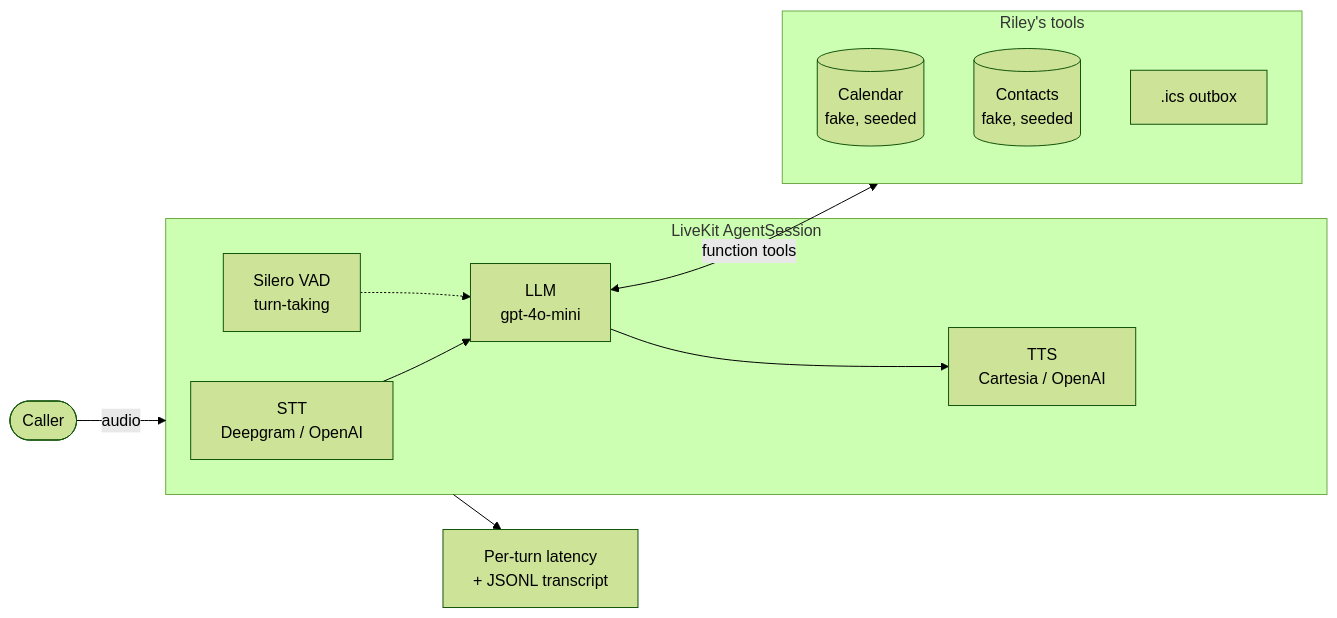
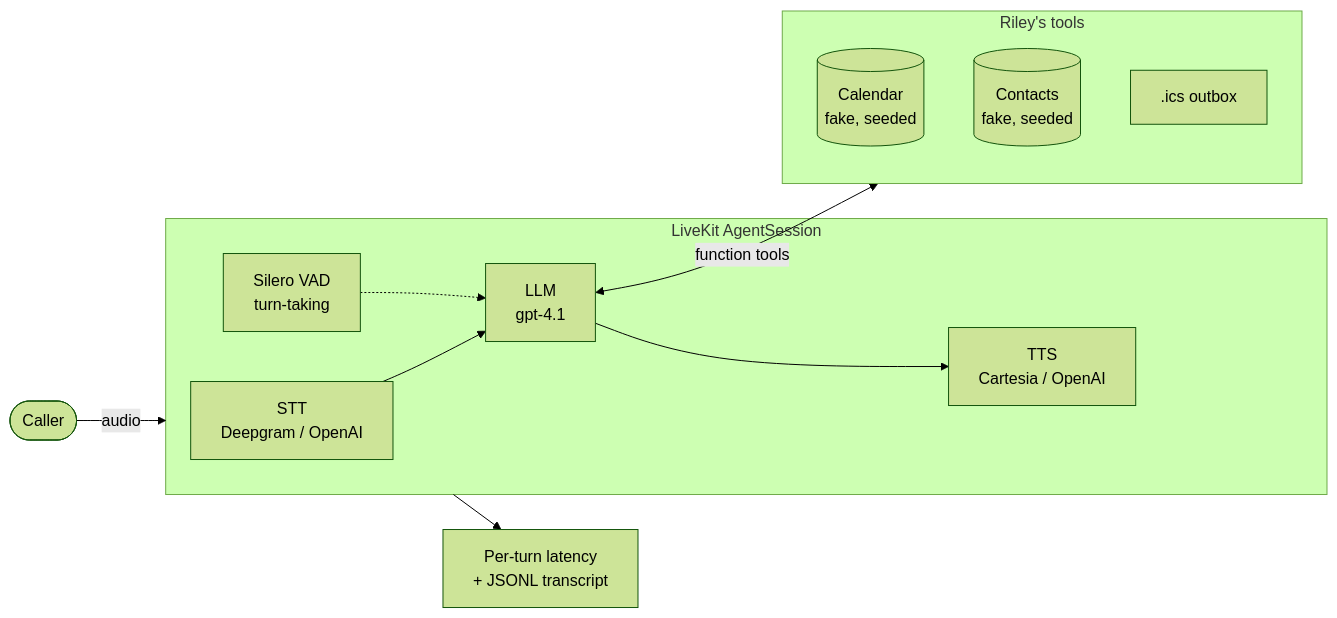
One commit to fctpe/voice-desk-agent changed the diagram in README.md. Above: the diagram before and after it, drawn with Mermaid (forest theme). The commit also changed other lines of this file and 1 other file, not shown here.

````diff
--- a/README.md
+++ b/README.md
@@ -24,16 +24,16 @@
 ```mermaid
 flowchart LR
     Caller([Caller]) -->|audio| Pipeline
     subgraph Pipeline["LiveKit AgentSession"]
-        STT[STT<br/>Deepgram / OpenAI] --> LLM[LLM<br/>gpt-4o-mini]
+        STT[STT<br/>Deepgram / OpenAI] --> LLM[LLM<br/>gpt-4.1]
         LLM --> TTS[TTS<br/>Cartesia / OpenAI]
         VAD[Silero VAD<br/>turn-taking] -.-> LLM
     end
     LLM <-->|function tools| Tools
     subgraph Tools["Riley's tools"]
         Cal[(Calendar<br/>fake, seeded)]
         Con[(Contacts<br/>fake, seeded)]
         Ics[.ics outbox]
     end
     Pipeline --> Metrics[Per-turn latency<br/>+ JSONL transcript]
 ```
````
